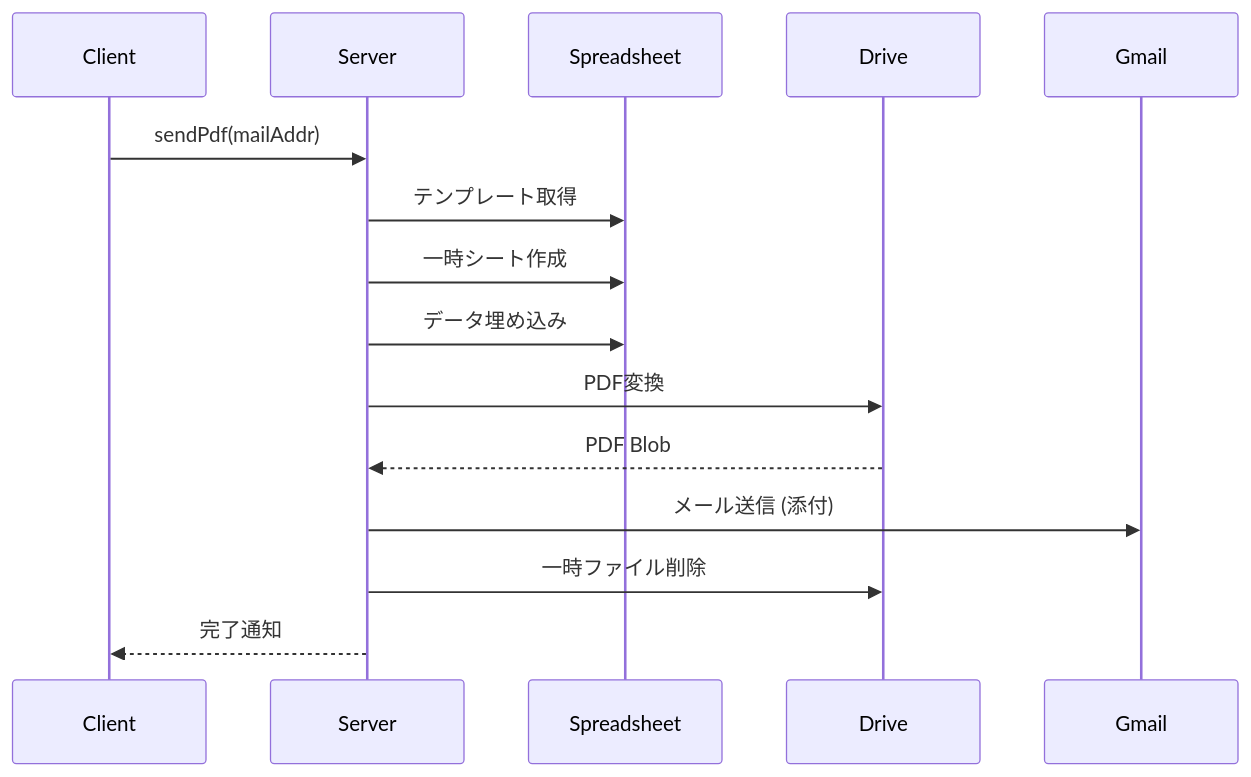
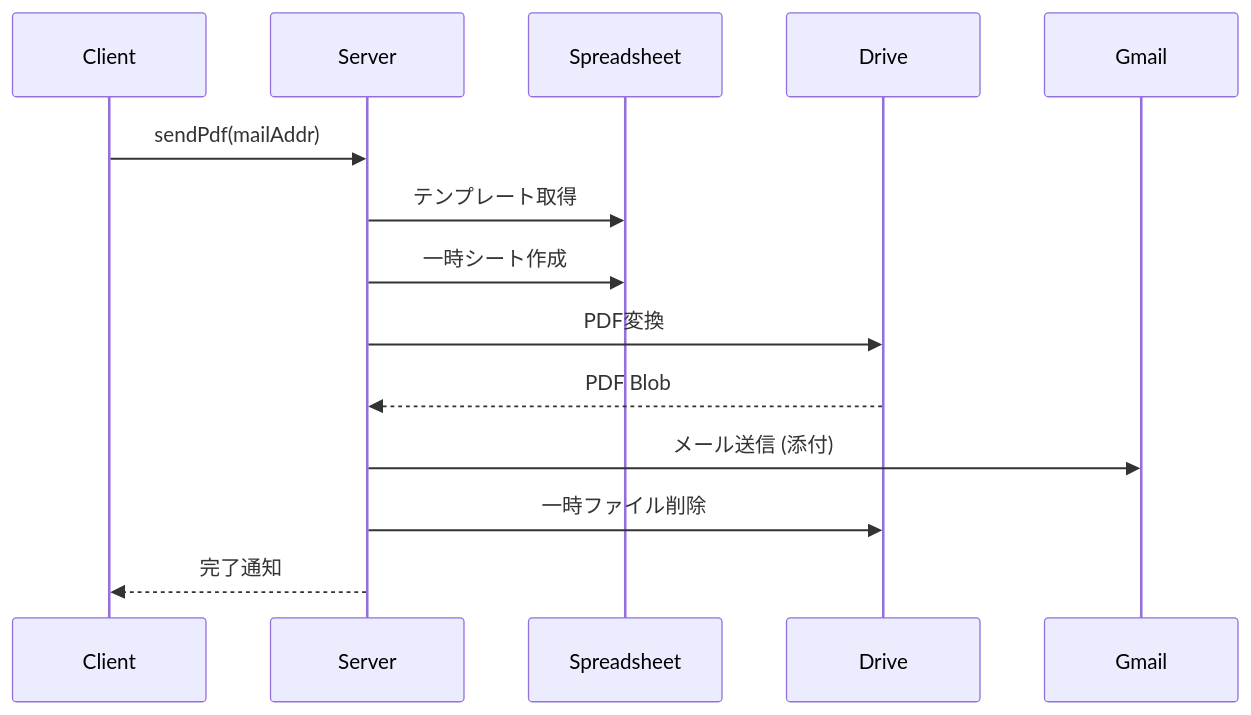
Before and after one commit to suzukishigeru4b/juken-survey-public: the fifth of 9 diagrams in PROGRAM_SPECIFICATION.md, drawn with Mermaid. The commit also changed other lines of this file and 6 other files, not shown here.

````diff
--- a/PROGRAM_SPECIFICATION.md
+++ b/PROGRAM_SPECIFICATION.md
@@ -340,18 +270,17 @@
 ```mermaid
 sequenceDiagram
     participant C as Client
     participant S as Server
     participant SS as Spreadsheet
     participant D as Drive
     participant M as Gmail
     
     C->>S: sendPdf(mailAddr)
     S->>SS: テンプレート取得
     S->>SS: 一時シート作成
-    S->>SS: データ埋め込み
     S->>D: PDF変換
     D-->>S: PDF Blob
     S->>M: メール送信 (添付)
     S->>D: 一時ファイル削除
     S-->>C: 完了通知
 ```
````
